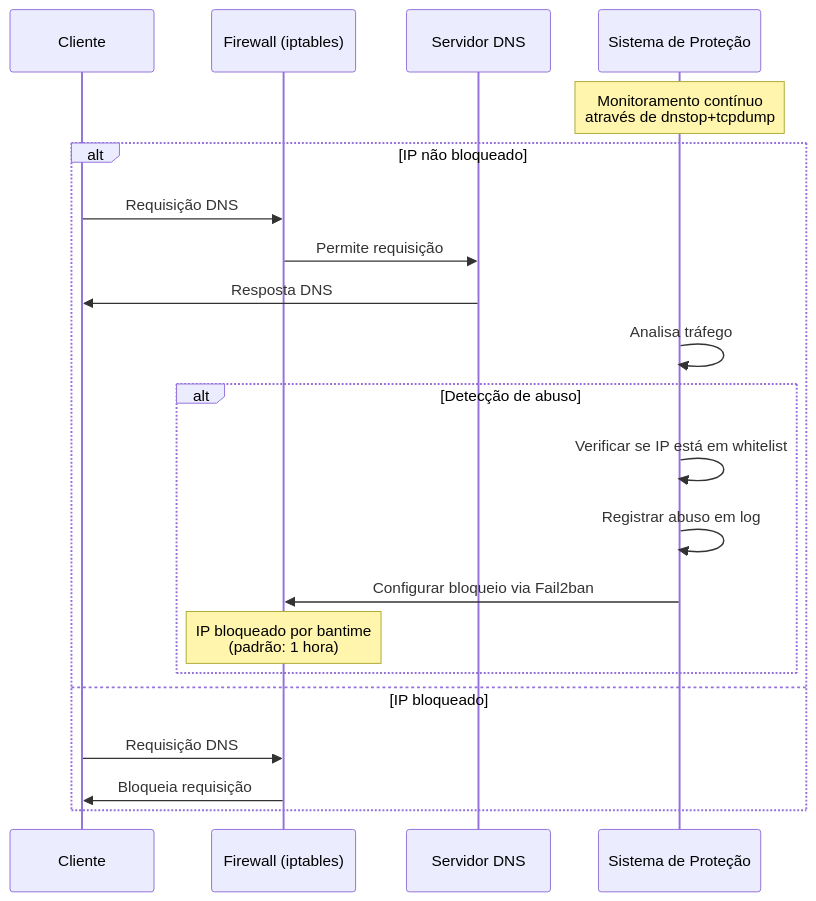
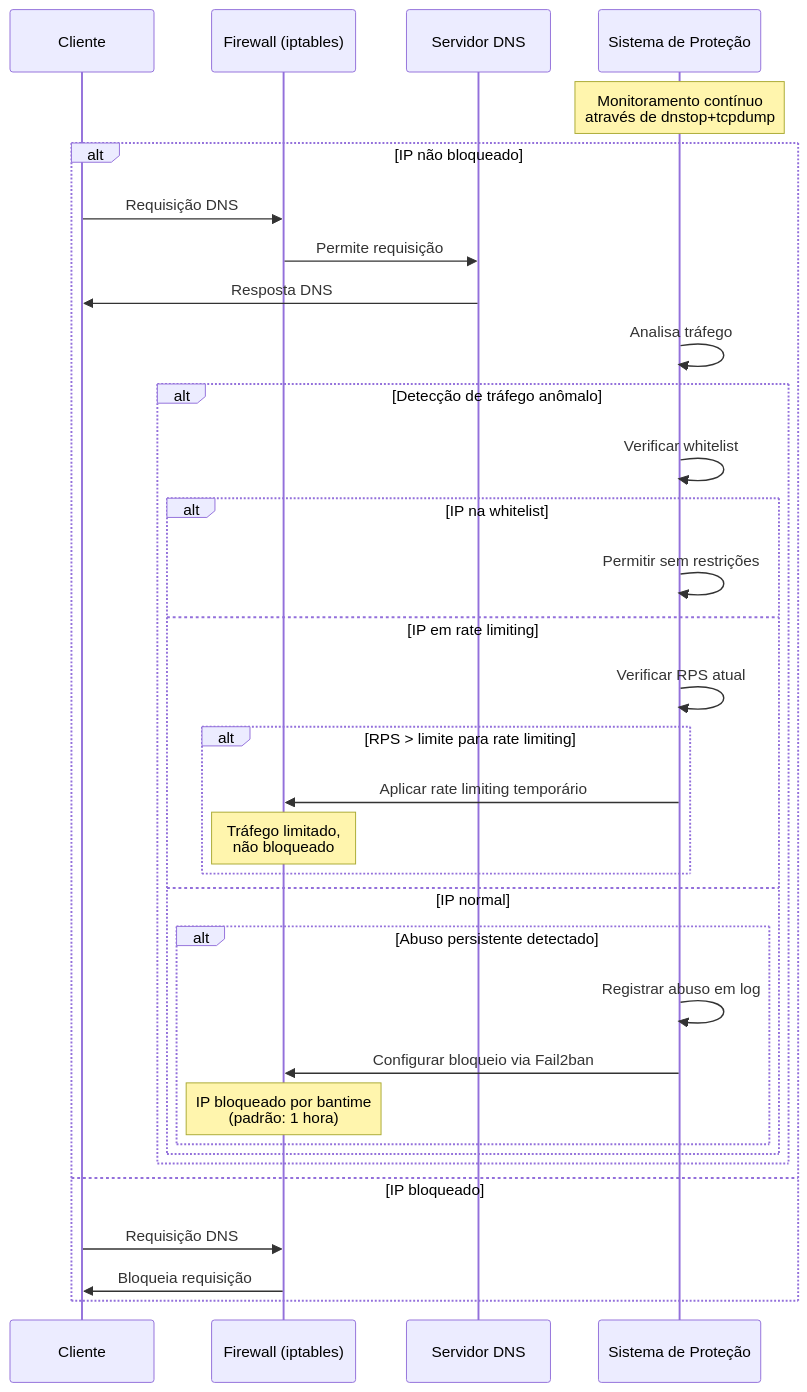
Before and after one commit to flicl/super-dns-recursivo: the third of 3 diagrams in docs/dns-protection-quickstart.md, drawn with Mermaid. The commit also changed other lines of this file and 11 other files, not shown here.

````diff
--- a/docs/dns-protection-quickstart.md
+++ b/docs/dns-protection-quickstart.md
@@ -118,26 +160,39 @@
 ```mermaid
 sequenceDiagram
     participant Cliente as Cliente
     participant Firewall as Firewall (iptables)
     participant Unbound as Servidor DNS
     participant Monitoramento as Sistema de Proteção
     
     Note over Monitoramento: Monitoramento contínuo<br>através de dnstop+tcpdump
     
     alt IP não bloqueado
         Cliente->>Firewall: Requisição DNS
         Firewall->>Unbound: Permite requisição
         Unbound->>Cliente: Resposta DNS
         Monitoramento->>Monitoramento: Analisa tráfego
         
-        alt Detecção de abuso
-            Monitoramento->>Monitoramento: Verificar se IP está em whitelist
-            Monitoramento->>Monitoramento: Registrar abuso em log
-            Monitoramento->>Firewall: Configurar bloqueio via Fail2ban
-            Note over Firewall: IP bloqueado por bantime<br>(padrão: 1 hora)
+        alt Detecção de tráfego anômalo
+            Monitoramento->>Monitoramento: Verificar whitelist
+            
+            alt IP na whitelist
+                Monitoramento->>Monitoramento: Permitir sem restrições
+            else IP em rate limiting
+                Monitoramento->>Monitoramento: Verificar RPS atual
+                alt RPS > limite para rate limiting
+                    Monitoramento->>Firewall: Aplicar rate limiting temporário
+                    Note over Firewall: Tráfego limitado,<br>não bloqueado
+                end
+            else IP normal
+                alt Abuso persistente detectado
+                    Monitoramento->>Monitoramento: Registrar abuso em log
+                    Monitoramento->>Firewall: Configurar bloqueio via Fail2ban
+                    Note over Firewall: IP bloqueado por bantime<br>(padrão: 1 hora)
+                end
+            end
         end
     else IP bloqueado
         Cliente->>Firewall: Requisição DNS
         Firewall->>Cliente: Bloqueia requisição
     end
 ```
````
